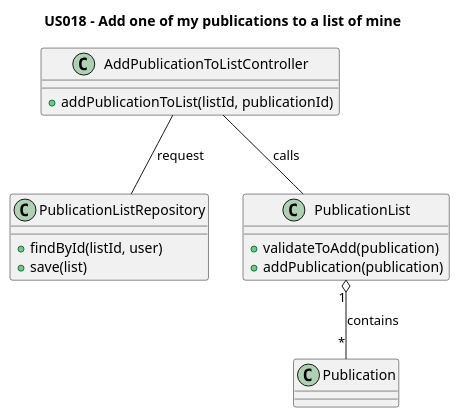
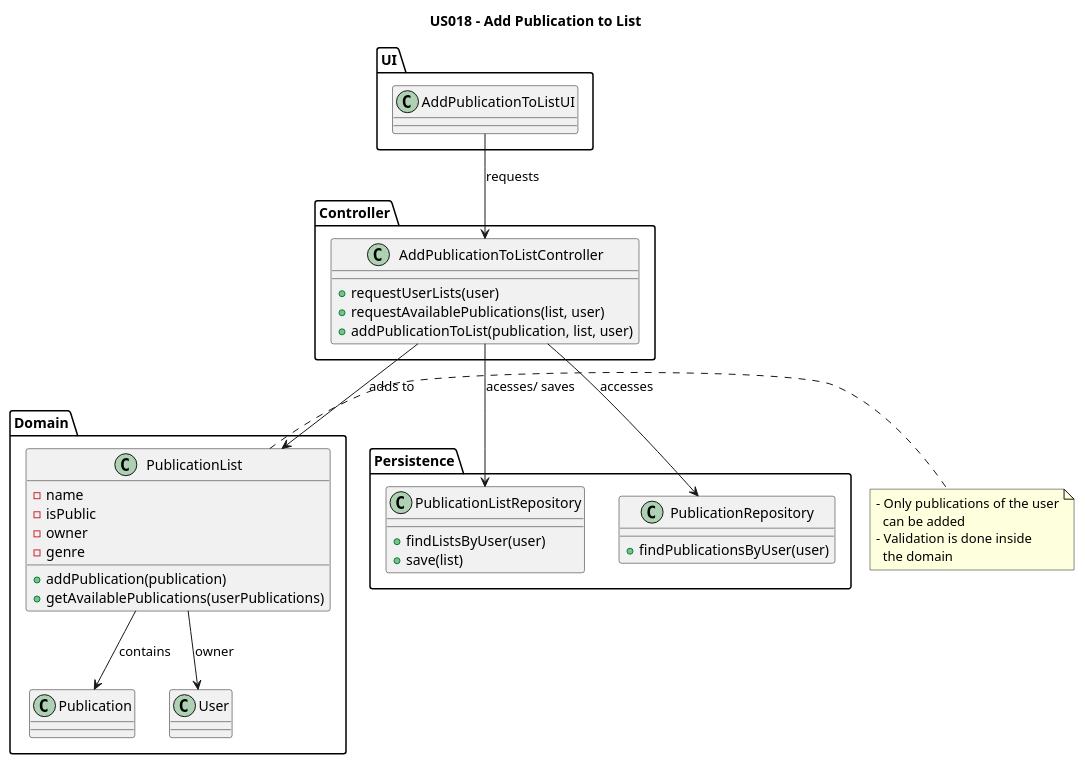
Before and after one commit to AndrePereiraGitH/SWitCH-Project-Team_A: the diagram in Diagrams/ClassDiagrams/US018-to-add-publication-to-list.puml, drawn with PlantUML. The commit also changed 6 other files, not shown here.

Commit message:
#88 #89 and #92 #94: add SSD (N1), sequence (N2) and class diagrams

```diff
--- a/Diagrams/ClassDiagrams/US018-to-add-publication-to-list.puml
+++ b/Diagrams/ClassDiagrams/US018-to-add-publication-to-list.puml
@@ -1,24 +1,56 @@
 @startuml
-title US018 - Add one of my publications to a list of mine
+title US018 – Add Publication to List
 
-class AddPublicationToListController {
-  + addPublicationToList(listId, publicationId)
+package "UI" {
+  class AddPublicationToListUI
 }
 
-class PublicationListRepository {
-  + findById(listId, user)
-  + save(list)
+package "Controller" {
+    class AddPublicationToListController {
+      +requestUserLists(user)
+      +requestAvailablePublications(list, user)
+      +addPublicationToList(publication, list, user)
+    }
 }
 
-class PublicationList {
-  + validateToAdd(publication)
-  + addPublication(publication)
+package "Domain" {
+  class PublicationList {
+    -name
+    -isPublic
+    -owner
+    -genre
+    +addPublication(publication)
+    +getAvailablePublications(userPublications)
+  }
+
+  class Publication
+  class User
 }
 
-class Publication
+package "Persistence" {
+  class PublicationListRepository {
+     +findListsByUser(user)
+     +save(list)
+  }
 
-AddPublicationToListController -- PublicationListRepository : request
-AddPublicationToListController -- PublicationList : calls
-PublicationList "1" o-- "*" Publication : contains
+  class PublicationRepository {
+    +findPublicationsByUser(user)
+  }
+}
+
+AddPublicationToListUI --> AddPublicationToListController : requests
+AddPublicationToListController --> PublicationList : adds to
+AddPublicationToListController --> PublicationListRepository : acesses/ saves
+AddPublicationToListController --> PublicationRepository : accesses
+
+PublicationList --> Publication : contains
+PublicationList --> User : owner
+
+note right of PublicationList
+  - Only publications of the user
+    can be added
+  - Validation is done inside
+    the domain
+end note
 
 @enduml
```
